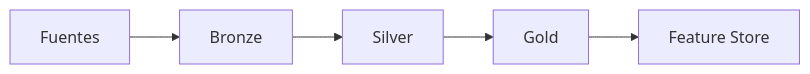
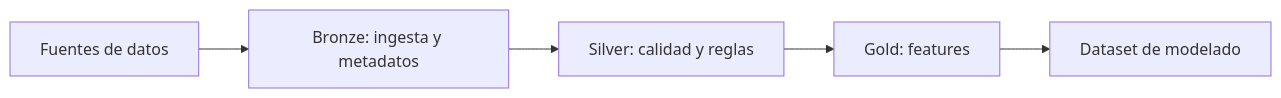
The diagram in documentacion/hito_2/memoria_hito_2.md (AlonsoMarcosM/Trabajo-DESARROLLO-Y-DESPLIEGUE-DE-SOLUCIONES-BIG-DATA), drawn with Mermaid before and after one commit. The commit also changed other lines of this file and 8 other files, not shown here.

````diff
--- a/documentacion/hito_2/memoria_hito_2.md
+++ b/documentacion/hito_2/memoria_hito_2.md
@@ -66,7 +47,7 @@
 ```mermaid
 flowchart LR
-    A[Fuentes] --> B[Bronze]
-    B --> C[Silver]
-    C --> D[Gold]
-    D --> E[Feature Store]
+    A[Fuentes de datos] --> B[Bronze: ingesta y metadatos]
+    B --> C[Silver: calidad y reglas]
+    C --> D[Gold: features]
+    D --> E[Dataset de modelado]
 ```
````
